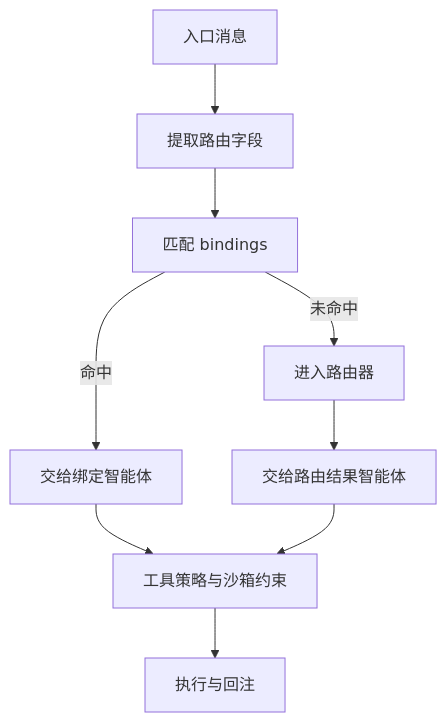
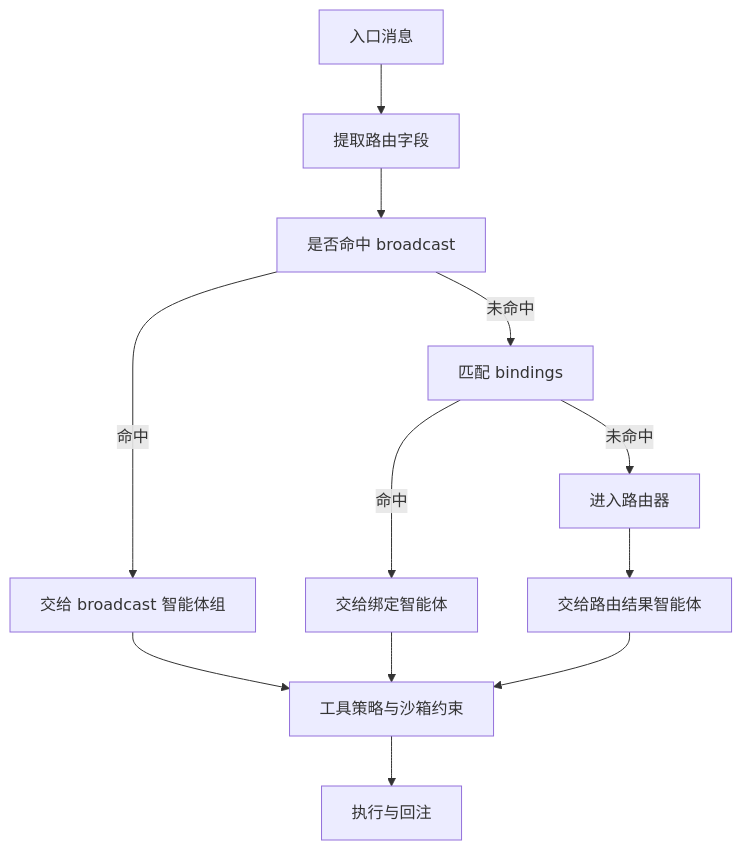
One commit to yeasy/openclaw_guide changed the diagram in 07_multi_agent/7.3_routing_basics.md. Above: the diagram before and after it, drawn with Mermaid. The commit also changed other lines of this file and 41 other files, not shown here.

````diff
--- a/07_multi_agent/7.3_routing_basics.md
+++ b/07_multi_agent/7.3_routing_basics.md
@@ -20,11 +20,14 @@
 ```mermaid
 flowchart TD
   inb["入口消息"] --> ctx["提取路由字段"]
-  ctx --> bind["匹配 bindings"]
+  ctx --> bc["是否命中 broadcast"]
+  bc -->|"命中"| a0["交给 broadcast 智能体组"]
+  bc -->|"未命中"| bind["匹配 bindings"]
   bind -->|"命中"| a1["交给绑定智能体"]
   bind -->|"未命中"| rtr["进入路由器"]
   rtr --> a2["交给路由结果智能体"]
+  a0 --> pol["工具策略与沙箱约束"]
   a1 --> pol["工具策略与沙箱约束"]
   a2 --> pol
   pol --> run["执行与回注"]
 ```
````
